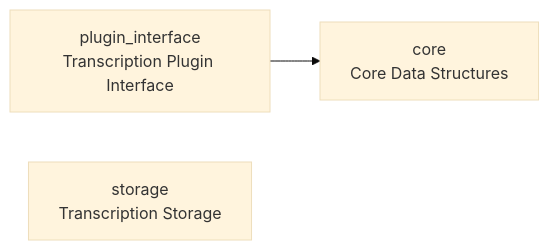
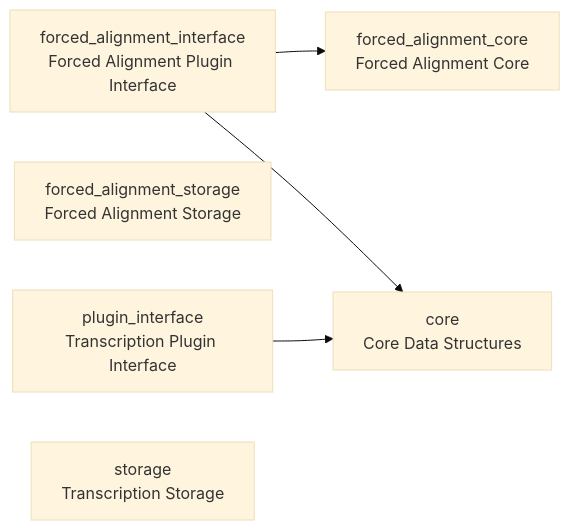
One commit to cj-mills/cjm-transcription-plugin-system changed the diagram in README.md. Above: the diagram before and after it, drawn with Mermaid (base theme). The commit also changed other lines of this file and 8 other files, not shown here.

Commit message:
Add forced alignment plugin interface, core data types, and storage layer for word-level audio-text alignment.

````diff
--- a/README.md
+++ b/README.md
@@ -23,8 +26,13 @@
 ``` mermaid
 graph LR
     core[core<br/>Core Data Structures]
+    forced_alignment_core[forced_alignment_core<br/>Forced Alignment Core]
+    forced_alignment_interface[forced_alignment_interface<br/>Forced Alignment Plugin Interface]
+    forced_alignment_storage[forced_alignment_storage<br/>Forced Alignment Storage]
     plugin_interface[plugin_interface<br/>Transcription Plugin Interface]
     storage[storage<br/>Transcription Storage]
 
+    forced_alignment_interface --> forced_alignment_core
+    forced_alignment_interface --> core
     plugin_interface --> core
 ```
````
